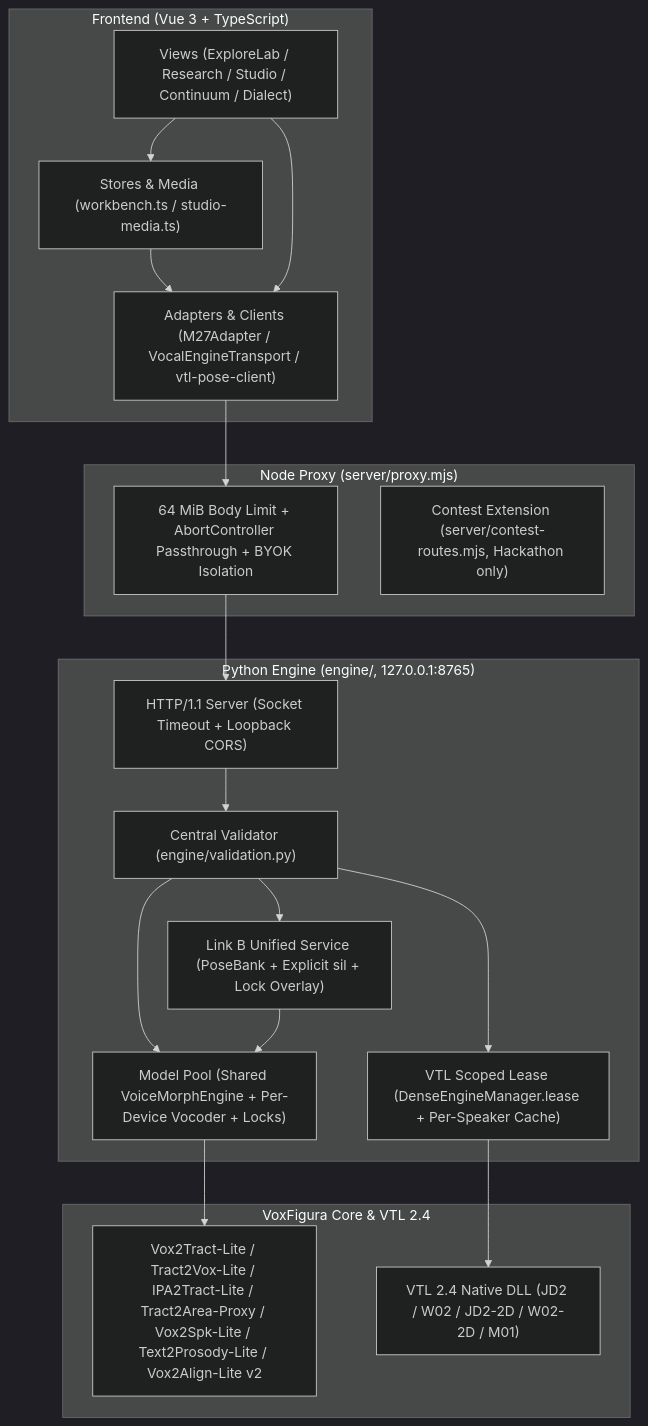
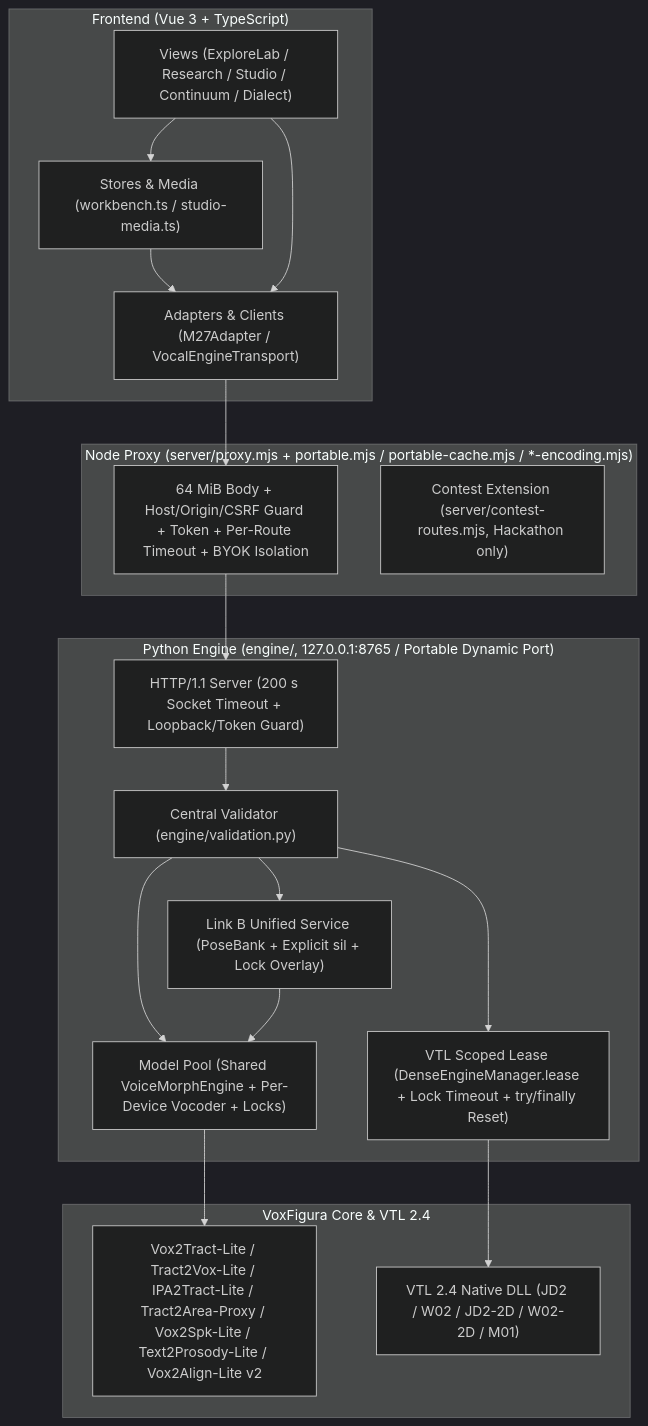
Before and after one commit to Nephelium/VoxFigura: the diagram in docs/ARCHITECTURE.md, drawn with Mermaid (dark theme). The commit also changed other lines of this file and 380 other files, not shown here.

````diff
--- a/docs/ARCHITECTURE.md
+++ b/docs/ARCHITECTURE.md
@@ -8,39 +9,39 @@
 ```mermaid
 flowchart TD
   subgraph FE["Frontend (Vue 3 + TypeScript)"]
     UI["Views (ExploreLab / Research / Studio / Continuum / Dialect)"]
     Store["Stores & Media (workbench.ts / studio-media.ts)"]
-    Client["Adapters & Clients (M27Adapter / VocalEngineTransport / vtl-pose-client)"]
+    Client["Adapters & Clients (M27Adapter / VocalEngineTransport)"]
   end
 
-  subgraph Proxy["Node Proxy (server/proxy.mjs)"]
-    Limit["64 MiB Body Limit + AbortController Passthrough + BYOK Isolation"]
+  subgraph Proxy["Node Proxy (server/proxy.mjs + portable.mjs / portable-cache.mjs / *-encoding.mjs)"]
+    Limit["64 MiB Body + Host/Origin/CSRF Guard + Token + Per-Route Timeout + BYOK Isolation"]
     Contest["Contest Extension (server/contest-routes.mjs, Hackathon only)"]
   end
 
-  subgraph Py["Python Engine (engine/, 127.0.0.1:8765)"]
-    HTTP["HTTP/1.1 Server (Socket Timeout + Loopback CORS)"]
+  subgraph Py["Python Engine (engine/, 127.0.0.1:8765 / Portable Dynamic Port)"]
+    HTTP["HTTP/1.1 Server (200 s Socket Timeout + Loopback/Token Guard)"]
     Guard["Central Validator (engine/validation.py)"]
-    VtlScope["VTL Scoped Lease (DenseEngineManager.lease + Per-Speaker Cache)"]
+    VtlScope["VTL Scoped Lease (DenseEngineManager.lease + Lock Timeout + try/finally Reset)"]
     ModelPool["Model Pool (Shared VoiceMorphEngine + Per-Device Vocoder + Locks)"]
     LinkB["Link B Unified Service (PoseBank + Explicit sil + Lock Overlay)"]
   end
 
   subgraph Core["VoxFigura Core & VTL 2.4"]
     Models["Vox2Tract-Lite / Tract2Vox-Lite / IPA2Tract-Lite / Tract2Area-Proxy / Vox2Spk-Lite / Text2Prosody-Lite / Vox2Align-Lite v2"]
     VTL["VTL 2.4 Native DLL (JD2 / W02 / JD2-2D / W02-2D / M01)"]
   end
 
   UI --> Store
   Store --> Client
   UI --> Client
   Client --> Limit
   Limit --> HTTP
   HTTP --> Guard
   Guard --> VtlScope
   Guard --> ModelPool
   Guard --> LinkB
   LinkB --> ModelPool
   VtlScope --> VTL
   ModelPool --> Models
 ```
````
